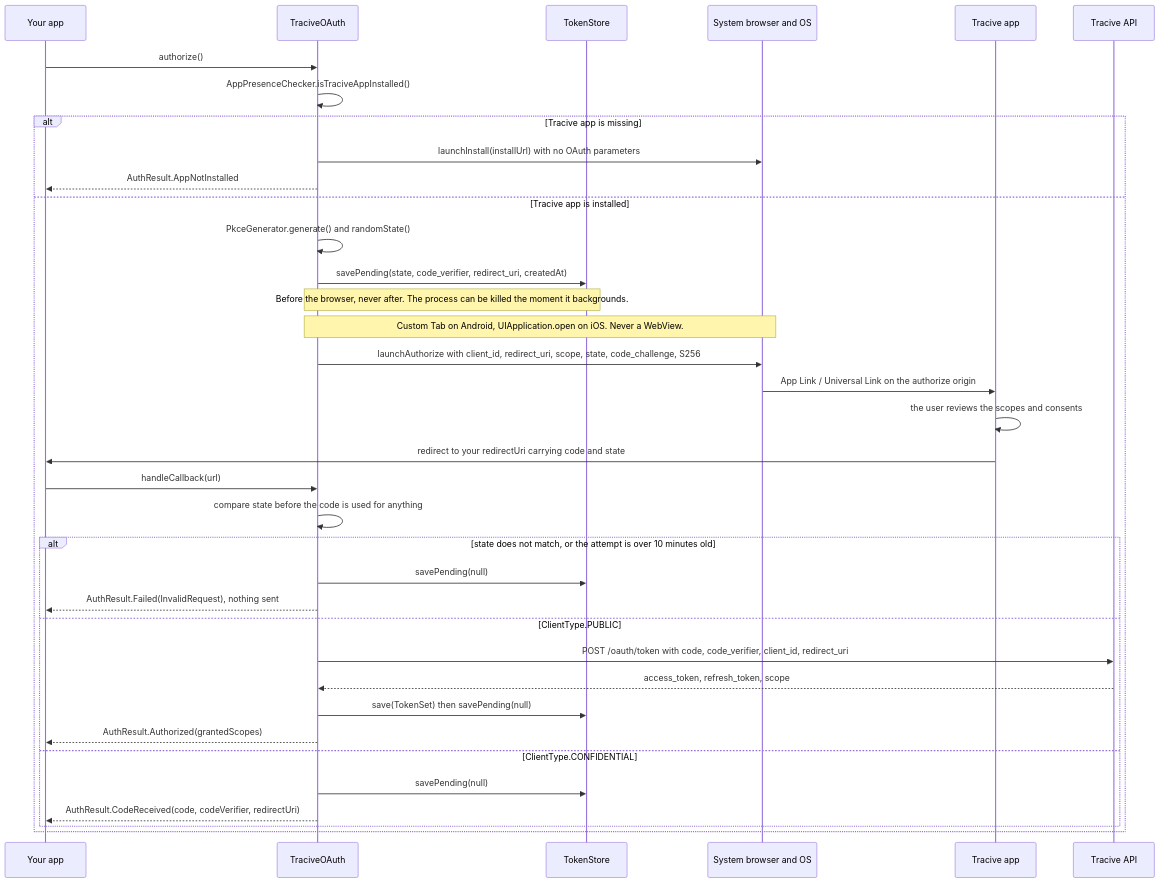
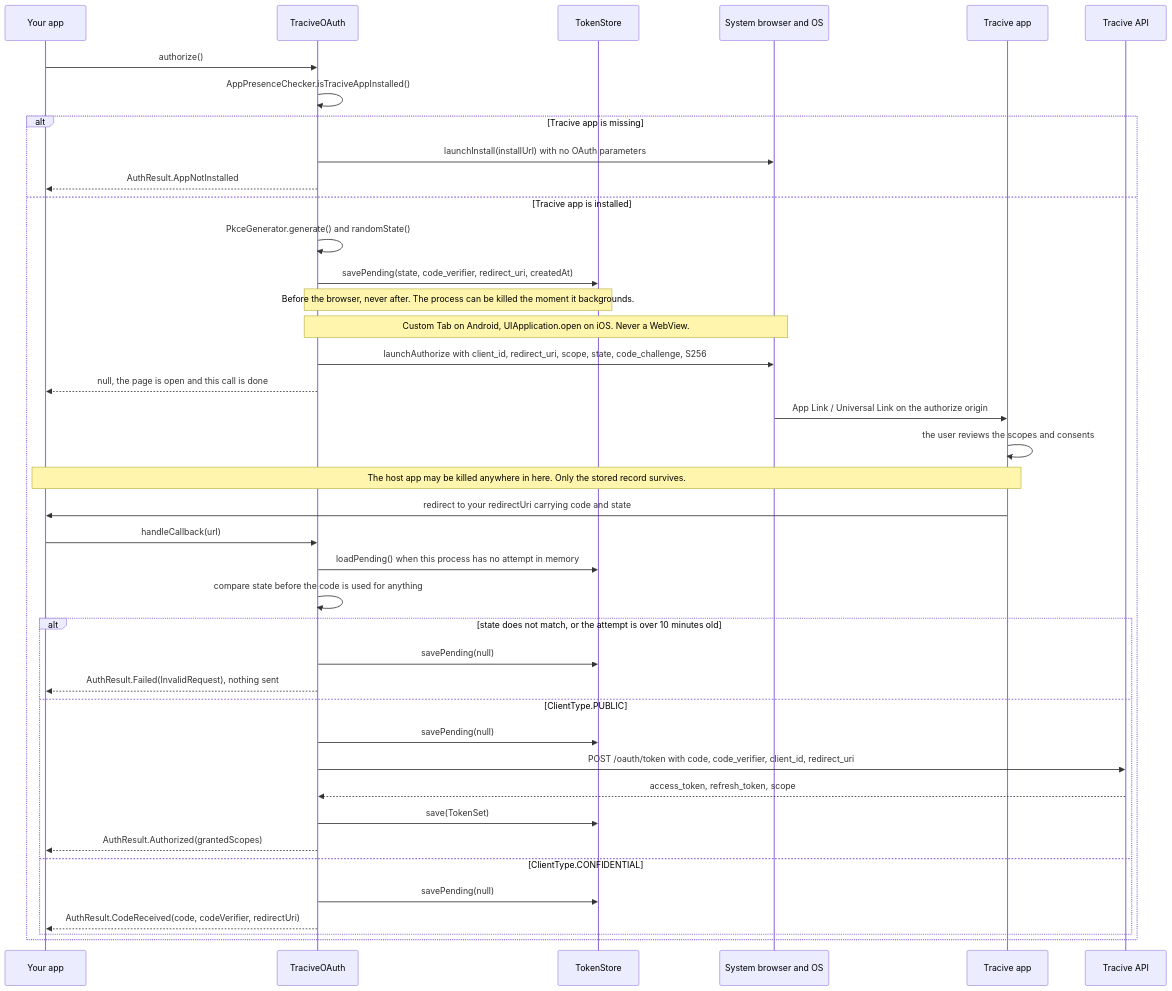
Before and after one commit to pleistocent/tracive-sdk-kotlin: the second of 5 diagrams in docs/architecture.md, drawn with Mermaid. The commit also changed other lines of this file and 12 other files, not shown here.

````diff
--- a/docs/architecture.md
+++ b/docs/architecture.md
@@ -68,39 +71,43 @@
 ```mermaid
 sequenceDiagram
     participant App as Your app
     participant SDK as TraciveOAuth
     participant Store as TokenStore
     participant OS as System browser and OS
     participant Tracive as Tracive app
     participant API as Tracive API
 
     App->>SDK: authorize()
     SDK->>SDK: AppPresenceChecker.isTraciveAppInstalled()
     alt Tracive app is missing
         SDK->>OS: launchInstall(installUrl) with no OAuth parameters
         SDK-->>App: AuthResult.AppNotInstalled
     else Tracive app is installed
         SDK->>SDK: PkceGenerator.generate() and randomState()
         SDK->>Store: savePending(state, code_verifier, redirect_uri, createdAt)
         Note over SDK,Store: Before the browser, never after. The process can be killed the moment it backgrounds.
         Note over SDK,OS: Custom Tab on Android, UIApplication.open on iOS. Never a WebView.
         SDK->>OS: launchAuthorize with client_id, redirect_uri, scope, state, code_challenge, S256
+        SDK-->>App: null, the page is open and this call is done
         OS->>Tracive: App Link / Universal Link on the authorize origin
         Tracive->>Tracive: the user reviews the scopes and consents
+        Note over App,Tracive: The host app may be killed anywhere in here. Only the stored record survives.
         Tracive->>App: redirect to your redirectUri carrying code and state
         App->>SDK: handleCallback(url)
+        SDK->>Store: loadPending() when this process has no attempt in memory
         SDK->>SDK: compare state before the code is used for anything
         alt state does not match, or the attempt is over 10 minutes old
             SDK->>Store: savePending(null)
             SDK-->>App: AuthResult.Failed(InvalidRequest), nothing sent
         else ClientType.PUBLIC
+            SDK->>Store: savePending(null)
             SDK->>API: POST /oauth/token with code, code_verifier, client_id, redirect_uri
             API-->>SDK: access_token, refresh_token, scope
-            SDK->>Store: save(TokenSet) then savePending(null)
+            SDK->>Store: save(TokenSet)
             SDK-->>App: AuthResult.Authorized(grantedScopes)
         else ClientType.CONFIDENTIAL
             SDK->>Store: savePending(null)
             SDK-->>App: AuthResult.CodeReceived(code, codeVerifier, redirectUri)
         end
     end
 ```
````
